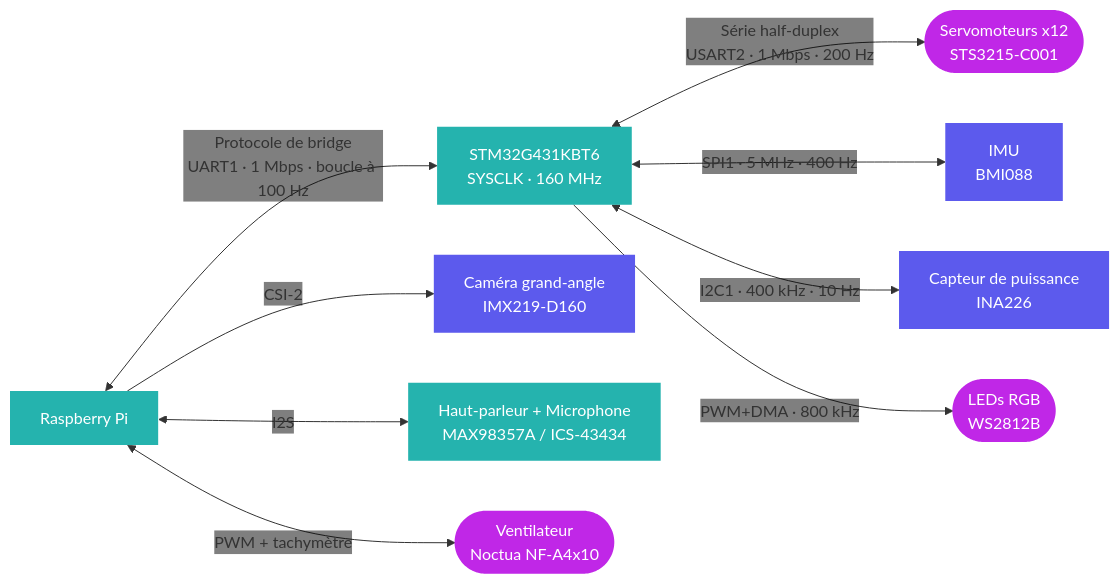
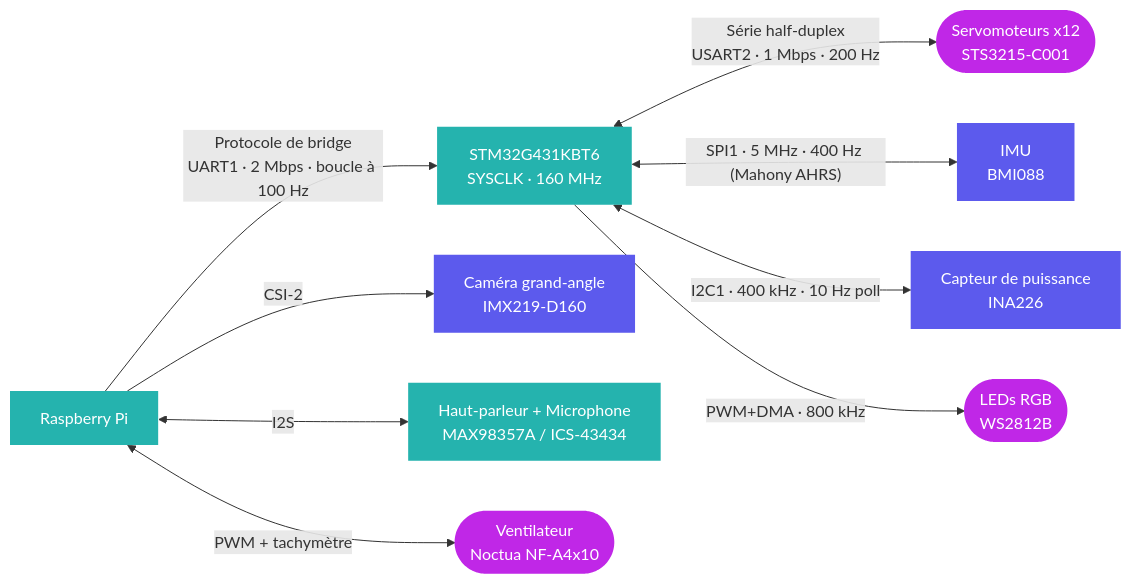
The diagram in content/fr/chromapi/specifications/sensors.md (Mowibox/chroma), drawn with Mermaid before and after one commit. The commit also changed other lines of this file and 6 other files, not shown here.

````diff
--- a/content/fr/chromapi/specifications/sensors.md
+++ b/content/fr/chromapi/specifications/sensors.md
@@ -95,31 +95,31 @@
 ```mermaid
-%%{init: {'themeVariables': {'edgeLabelBackground':'transparent'}}}%%
+%%{init: {'themeCSS': '.edgeLabel, .edgeLabel p, .labelBkg { background-color: transparent !important; } .edgeLabel rect { fill: transparent !important; }'}}%%
 flowchart LR
     RPI["Raspberry Pi"]
     MCU["STM32G431KBT6<br/>SYSCLK · 160 MHz"]
     SERVOS(["Servomoteurs x12<br/>STS3215-C001"])
     IMU["IMU<br/>BMI088"]
     PWR["Capteur de puissance<br/>INA226"]
     LED(["LEDs RGB<br/>WS2812B"])
     CAM["Caméra grand-angle<br/>IMX219-D160"]
     AUDIO["Haut-parleur + Microphone<br/>MAX98357A / ICS-43434"]
     FAN(["Ventilateur<br/>Noctua NF-A4x10"])
 
-    RPI <-->|"Protocole de bridge<br/>UART1 · 1 Mbps · boucle à 100 Hz"| MCU
+    RPI -->|"Protocole de bridge<br/>UART1 · 2 Mbps · boucle à 100 Hz"| MCU
     MCU <-->|"Série half-duplex<br/>USART2 · 1 Mbps · 200 Hz"| SERVOS
-    MCU <-->|"SPI1 · 5 MHz · 400 Hz"| IMU
-    MCU <-->|"I2C1 · 400 kHz · 10 Hz"| PWR
+    MCU <-->|"SPI1 · 5 MHz · 400 Hz (Mahony AHRS)"| IMU
+    MCU <-->|"I2C1 · 400 kHz · 10 Hz poll"| PWR
     MCU -->|"PWM+DMA · 800 kHz"| LED
 
     RPI -->|"CSI-2"| CAM
     RPI <-->|"I2S"| AUDIO
     RPI <-->|"PWM + tachymètre"| FAN
 
     classDef ic fill:#25b3ae,color:#ffffff,stroke:none
     classDef actuator fill:#c027e7,color:#ffffff,stroke:none
     classDef sensor fill:#5c5aed,color:#ffffff,stroke:none
 
     class RPI,MCU,AUDIO ic
     class SERVOS,LED,FAN actuator
     class IMU,PWR,CAM sensor
 ```
````
